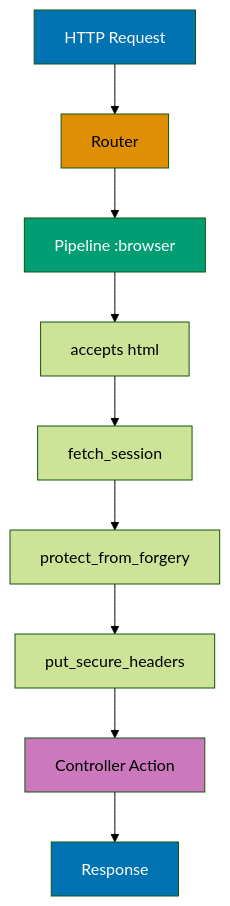
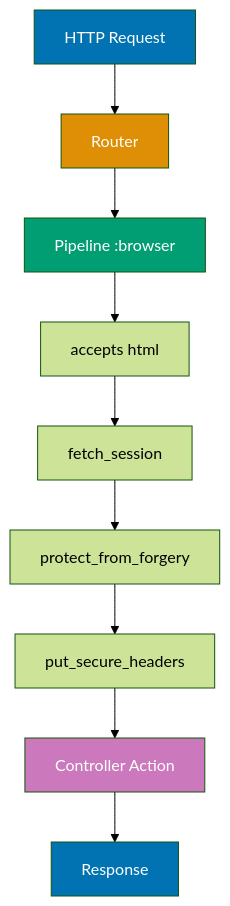
One commit to wahidyankf/open-sharia-enterprise changed the second of 6 diagrams in apps/ayokoding-web/content/en/learn/software-engineering/platform-web/tools/elixir-phoenix/by-example/beginner.md. Above: the diagram before and after it, drawn with Mermaid (forest theme). The commit also changed other lines of this file and 61 other files, not shown here.

First line of the commit message:
fix(ayokoding-web): quote Mermaid node labels with special characters in Example 63

````diff
--- a/apps/ayokoding-web/content/en/learn/software-engineering/platform-web/tools/elixir-phoenix/by-example/beginner.md
+++ b/apps/ayokoding-web/content/en/learn/software-engineering/platform-web/tools/elixir-phoenix/by-example/beginner.md
@@ -125,18 +125,18 @@
 ```mermaid
 %% Request pipeline flow through router
 graph TD
     A[HTTP Request] --> B[Router]
     B --> C[Pipeline :browser]
     C --> D[accepts html]
     D --> E[fetch_session]
     E --> F[protect_from_forgery]
     F --> G[put_secure_headers]
     G --> H[Controller Action]
     H --> I[Response]
 
     style A fill:#0173B2,color:#fff
-    style B fill:#DE8F05,color:#000
+    style B fill:#DE8F05,color:#fff
     style C fill:#029E73,color:#fff
-    style H fill:#CC78BC,color:#000
+    style H fill:#CC78BC,color:#fff
     style I fill:#0173B2,color:#fff
 ```
````
